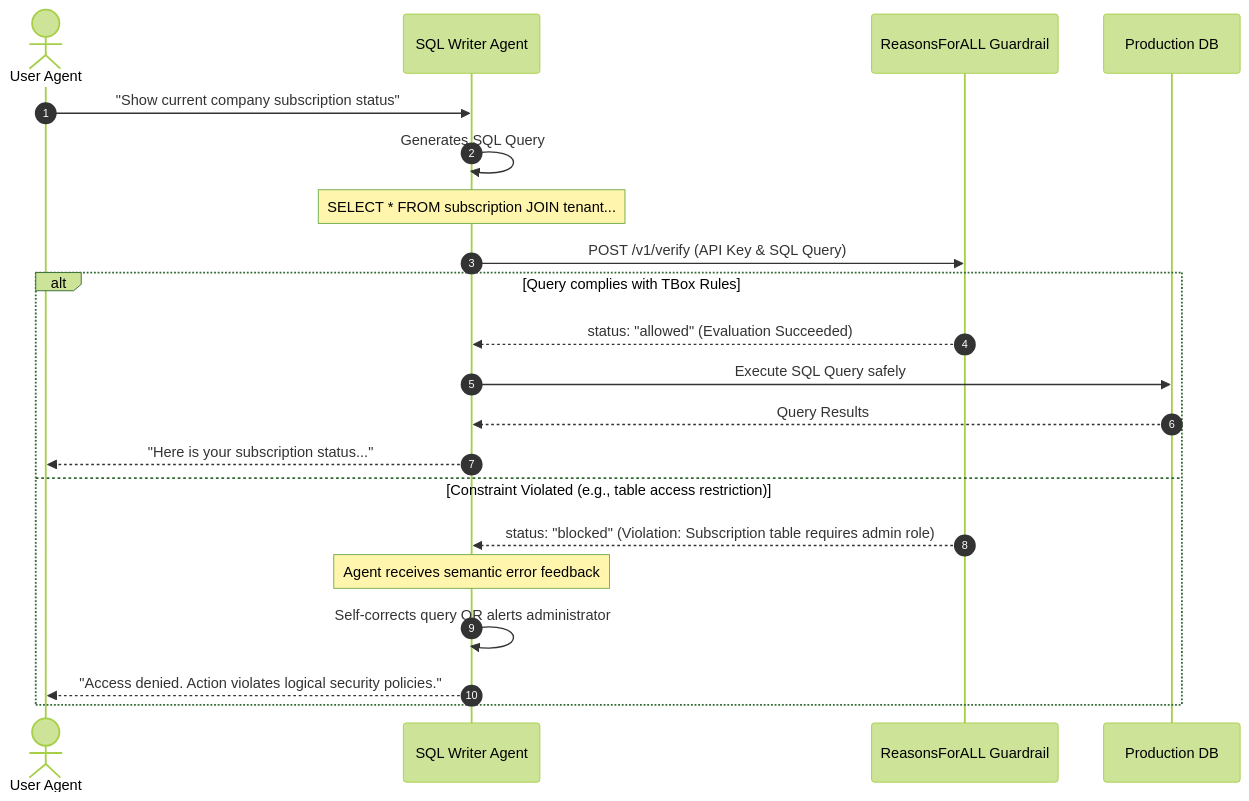
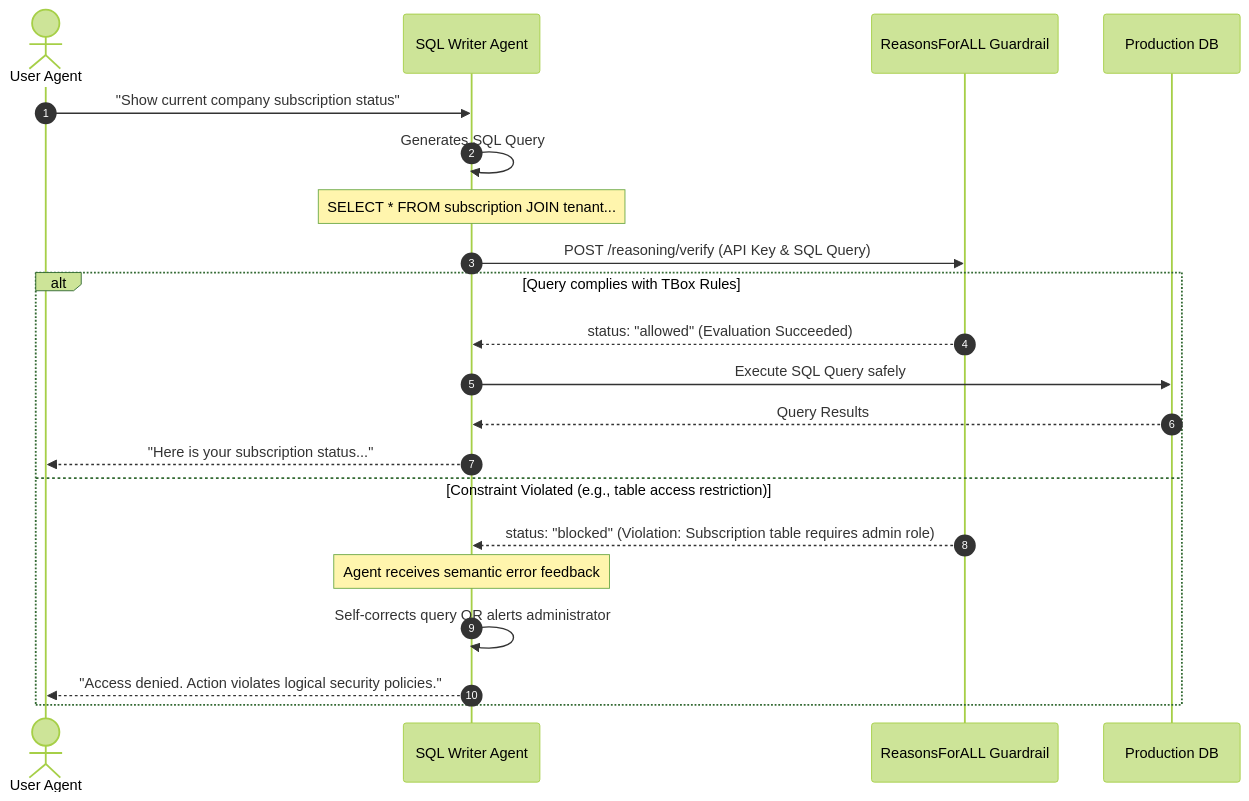
Before and after one commit to primeKal/ReasonsForALL: the diagram in Documentation/multi_agent_integration_guide.md, drawn with Mermaid (forest theme). The commit also changed other lines of this file and 32 other files, not shown here.

Commit message:
feat: optimize extraction caps to 40 for large schemas, remove legacy fallback templates, update landing features and verified documentation URL

````diff
--- a/Documentation/multi_agent_integration_guide.md
+++ b/Documentation/multi_agent_integration_guide.md
@@ -15,26 +15,26 @@
 ```mermaid
 sequenceDiagram
     autonumber
     actor User as User Agent
     participant Writer as SQL Writer Agent
     participant Guard as ReasonsForALL Guardrail
     participant DB as Production DB
     
     User->>Writer: "Show current company subscription status"
     Writer->>Writer: Generates SQL Query
     note over Writer: SELECT * FROM subscription JOIN tenant...
     
-    Writer->>Guard: POST /v1/verify (API Key & SQL Query)
+    Writer->>Guard: POST /reasoning/verify (API Key & SQL Query)
     
     alt Query complies with TBox Rules
         Guard-->>Writer: status: "allowed" (Evaluation Succeeded)
         Writer->>DB: Execute SQL Query safely
         DB-->>Writer: Query Results
         Writer-->>User: "Here is your subscription status..."
     else Constraint Violated (e.g., table access restriction)
         Guard-->>Writer: status: "blocked" (Violation: Subscription table requires admin role)
         note over Writer: Agent receives semantic error feedback
         Writer->>Writer: Self-corrects query OR alerts administrator
         Writer-->>User: "Access denied. Action violates logical security policies."
     end
 ```
````
